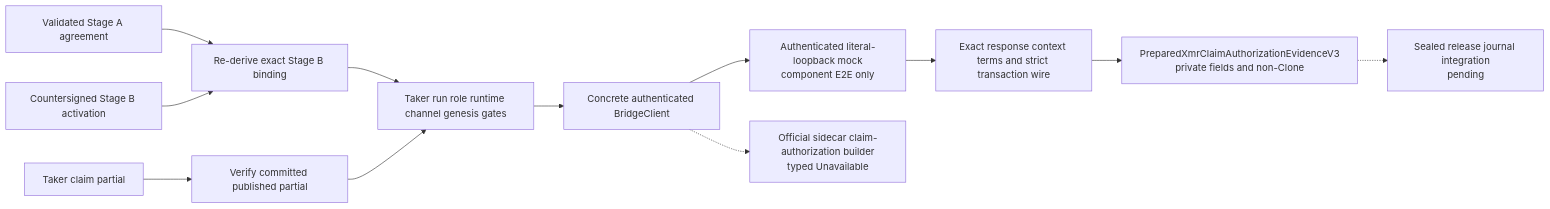
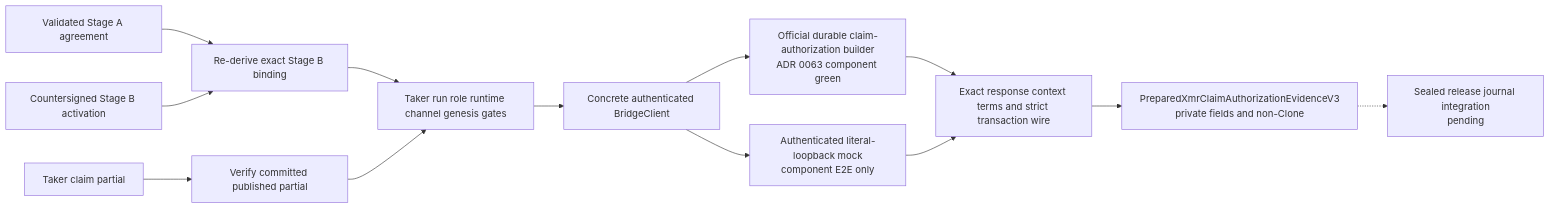
The first of 2 diagrams in docs/architecture/0062-mint-stage-b-claim-authorization-through-authenticated-client.md (gateway-fm/lez-atomic-swaps), drawn with Mermaid before and after one commit. The commit also changed other lines of this file and 9 other files, not shown here.

Commit message:
docs(m4): record durable authorization checkpoint

````diff
--- a/docs/architecture/0062-mint-stage-b-claim-authorization-through-authenticated-client.md
+++ b/docs/architecture/0062-mint-stage-b-claim-authorization-through-authenticated-client.md
@@ -42,14 +43,15 @@
 ```mermaid
 flowchart LR
     Agreement["Validated Stage A agreement"] --> Rebind["Re-derive exact Stage B binding"]
     Activation["Countersigned Stage B activation"] --> Rebind
     Partial["Taker claim partial"] --> PartialGate["Verify committed published partial"]
     Rebind --> Prewire["Taker run role runtime channel genesis gates"]
     PartialGate --> Prewire
     Prewire --> Client["Concrete authenticated BridgeClient"]
     Client --> Mock["Authenticated literal-loopback mock<br/>component E2E only"]
-    Client -.-> Sidecar["Official sidecar claim-authorization builder<br/>typed Unavailable"]
+    Client --> Sidecar["Official durable claim-authorization builder<br/>ADR 0063 component green"]
+    Sidecar --> Echo
     Mock --> Echo["Exact response context terms and strict transaction wire"]
     Echo --> Evidence["PreparedXmrClaimAuthorizationEvidenceV3<br/>private fields and non-Clone"]
     Evidence -.-> Journal["Sealed release journal integration<br/>pending"]
 ```
````
